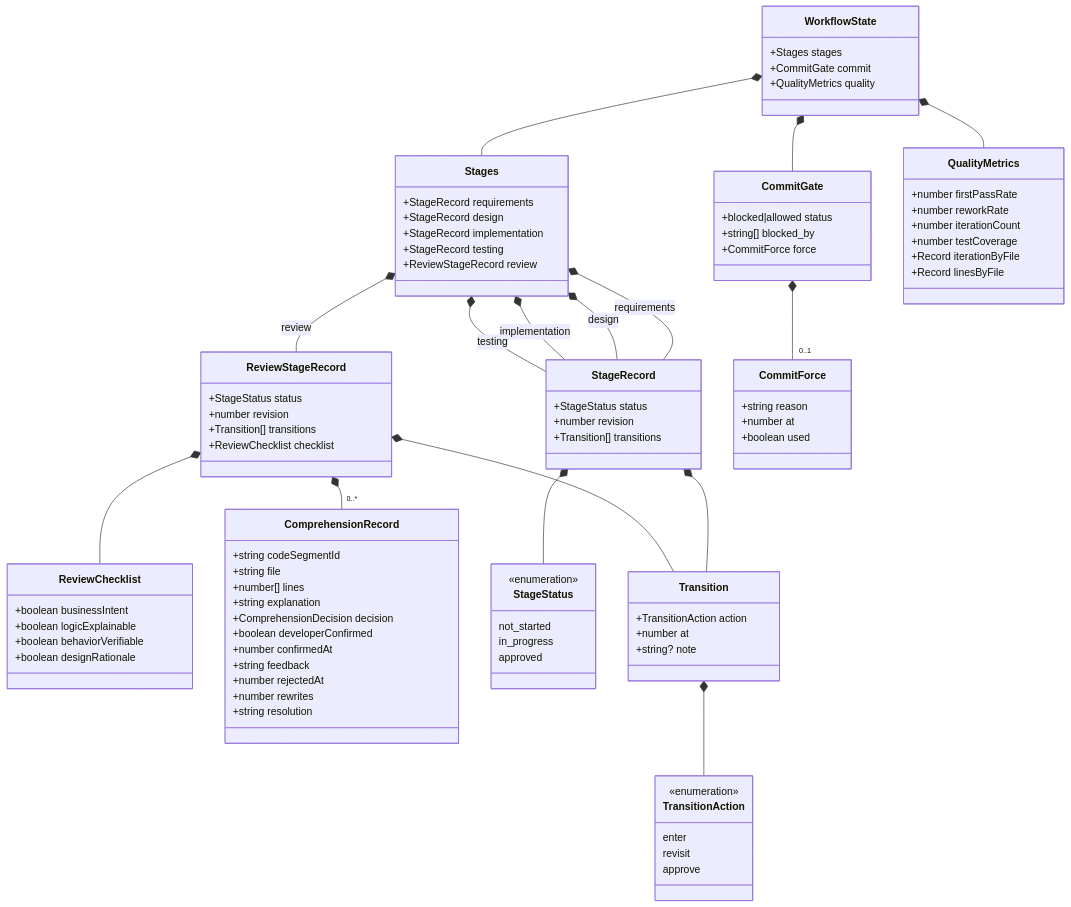
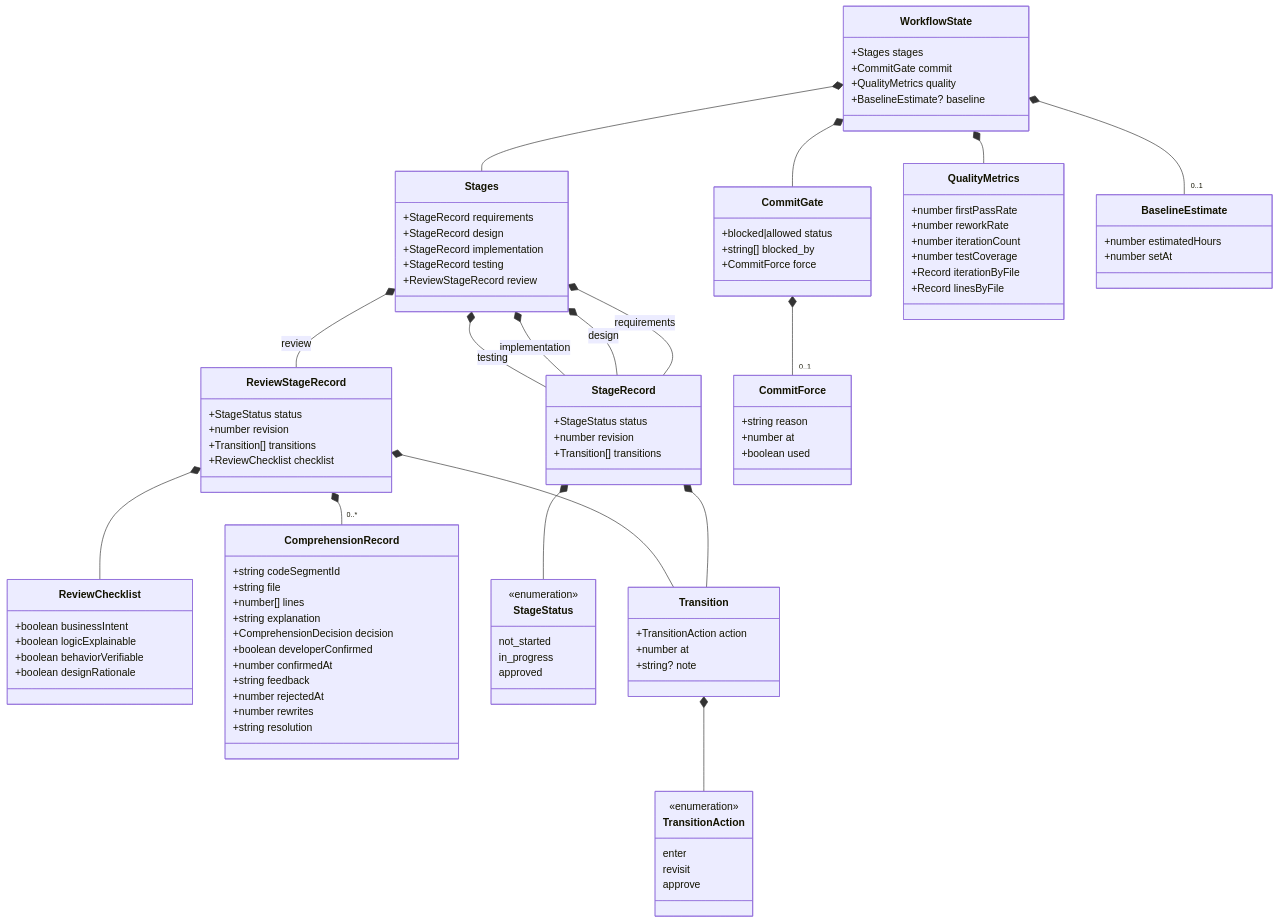
Before and after one commit to wonglaitung/opencode: the eighth of 15 diagrams in opencode-session-mgmt/docs/session-management.md, drawn with Mermaid. The commit also changed other lines of this file and 13 other files, not shown here.

```diff
--- a/opencode-session-mgmt/docs/session-management.md
+++ b/opencode-session-mgmt/docs/session-management.md
@@ -418,6 +418,7 @@
         +Stages stages
         +CommitGate commit
         +QualityMetrics quality
+        +BaselineEstimate? baseline
     }
 
     class Stages {
@@ -503,10 +504,16 @@
         +Record linesByFile
     }
 
+    class BaselineEstimate {
+        +number estimatedHours
+        +number setAt
+    }
+
     WorkflowState *-- Stages
     WorkflowState *-- CommitGate
     CommitGate *-- "0..1" CommitForce
     WorkflowState *-- QualityMetrics
+    WorkflowState *-- "0..1" BaselineEstimate
     Stages *-- StageRecord : requirements
     Stages *-- StageRecord : design
     Stages *-- StageRecord : implementation
```
